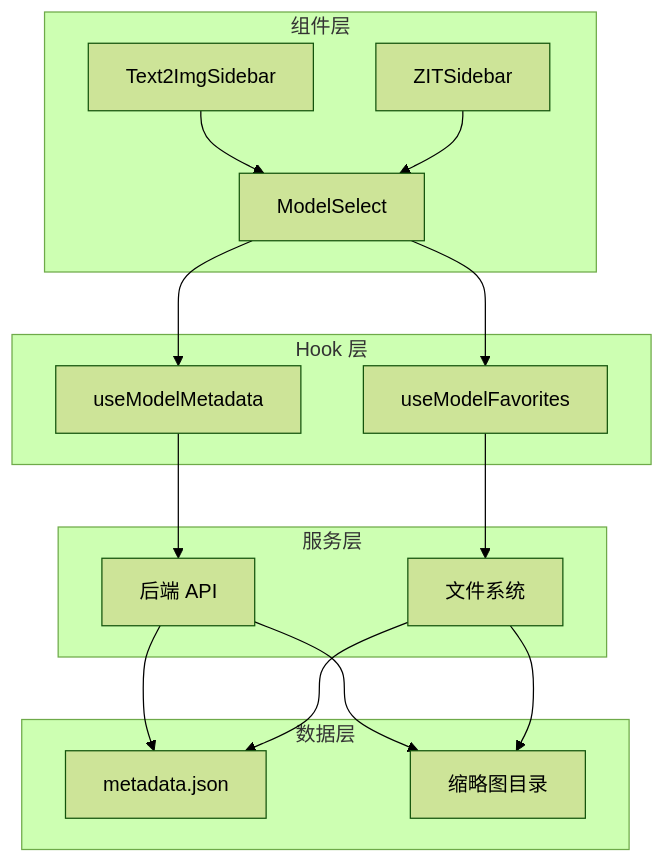
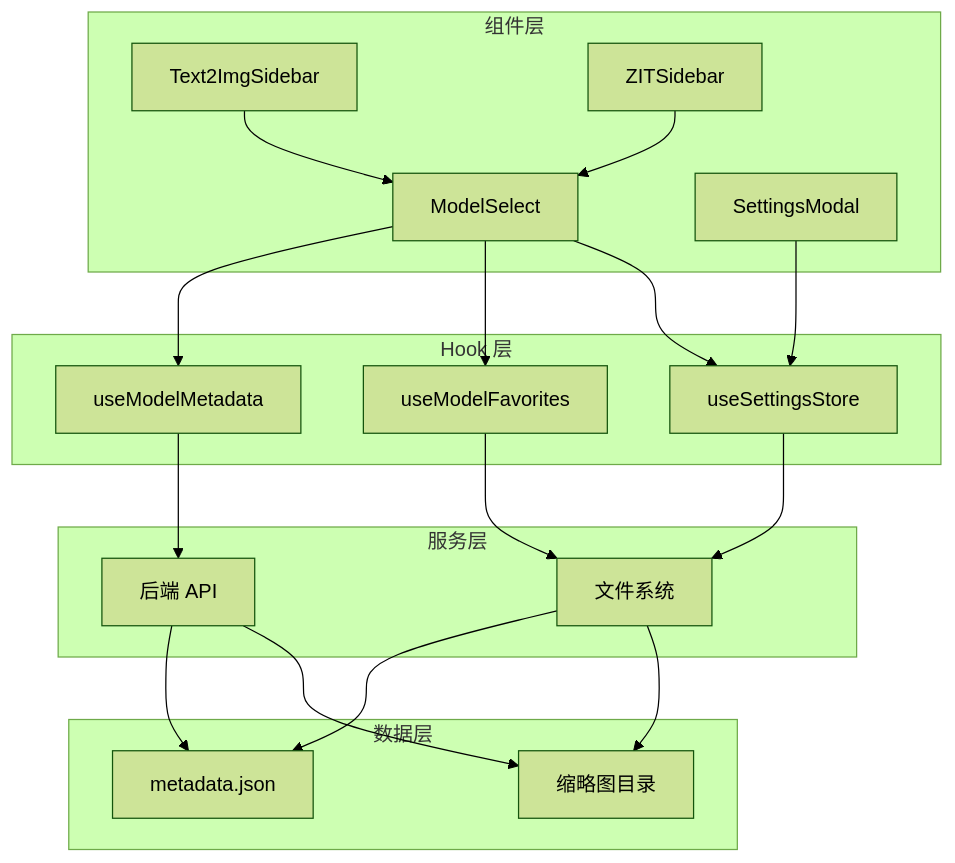
Before and after one commit to billye220670/CorineKit_Pix2Real: the seventh of 7 diagrams in .qoder/repowiki/zh/content/Model Select Component.md, drawn with Mermaid (forest theme). The commit also changed other lines of this file and 14 other files, not shown here.

````diff
--- a/.qoder/repowiki/zh/content/Model Select Component.md
+++ b/.qoder/repowiki/zh/content/Model Select Component.md
@@ -464,30 +533,35 @@
 ```mermaid
 graph TB
 subgraph "组件层"
 MS[ModelSelect]
 T2I[Text2ImgSidebar]
 ZIT[ZITSidebar]
+SM[SettingsModal]
 end
 subgraph "Hook 层"
 UMM[useModelMetadata]
 UMF[useModelFavorites]
+USS[useSettingsStore]
 end
 subgraph "服务层"
 API[后端 API]
 FS[文件系统]
 end
 subgraph "数据层"
 META[metadata.json]
 THUMB[缩略图目录]
 end
 T2I --> MS
 ZIT --> MS
+SM --> USS
 MS --> UMM
 MS --> UMF
+MS --> USS
 UMM --> API
 UMF --> FS
+USS --> FS
 API --> META
 API --> THUMB
 FS --> META
 FS --> THUMB
 ```
````
